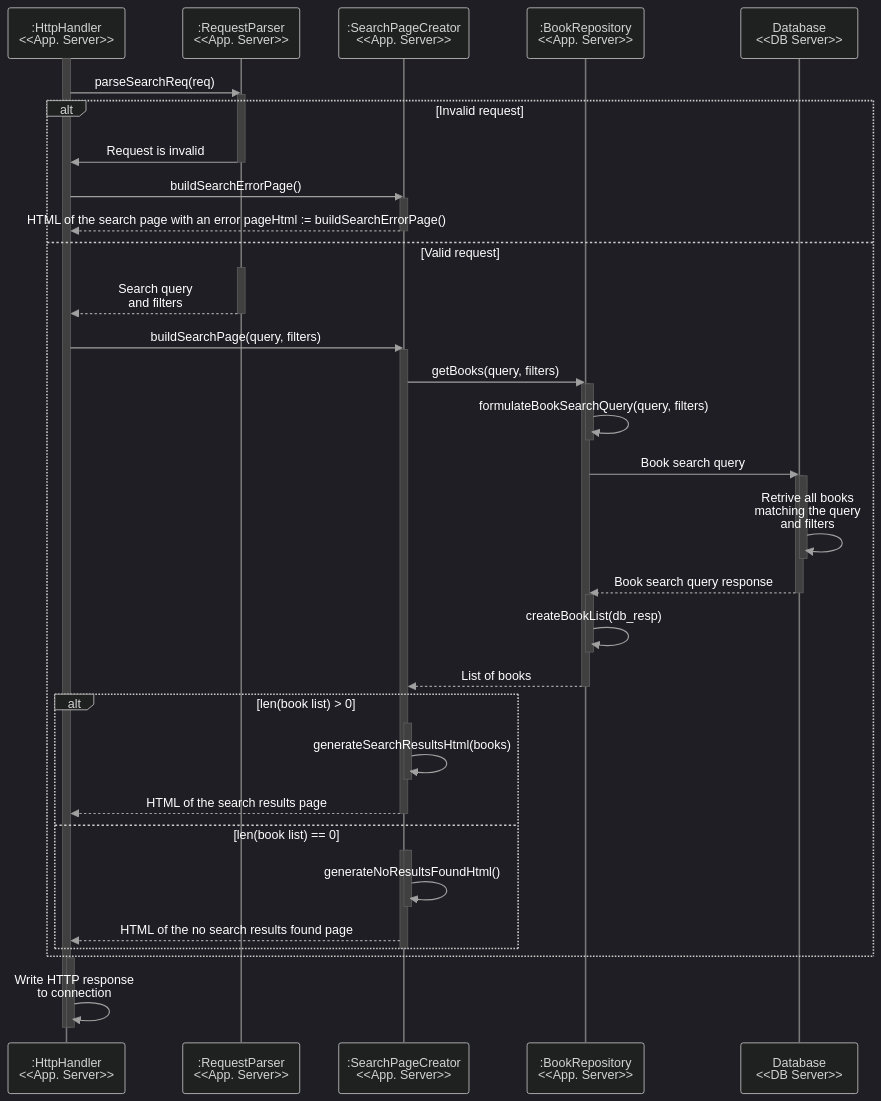
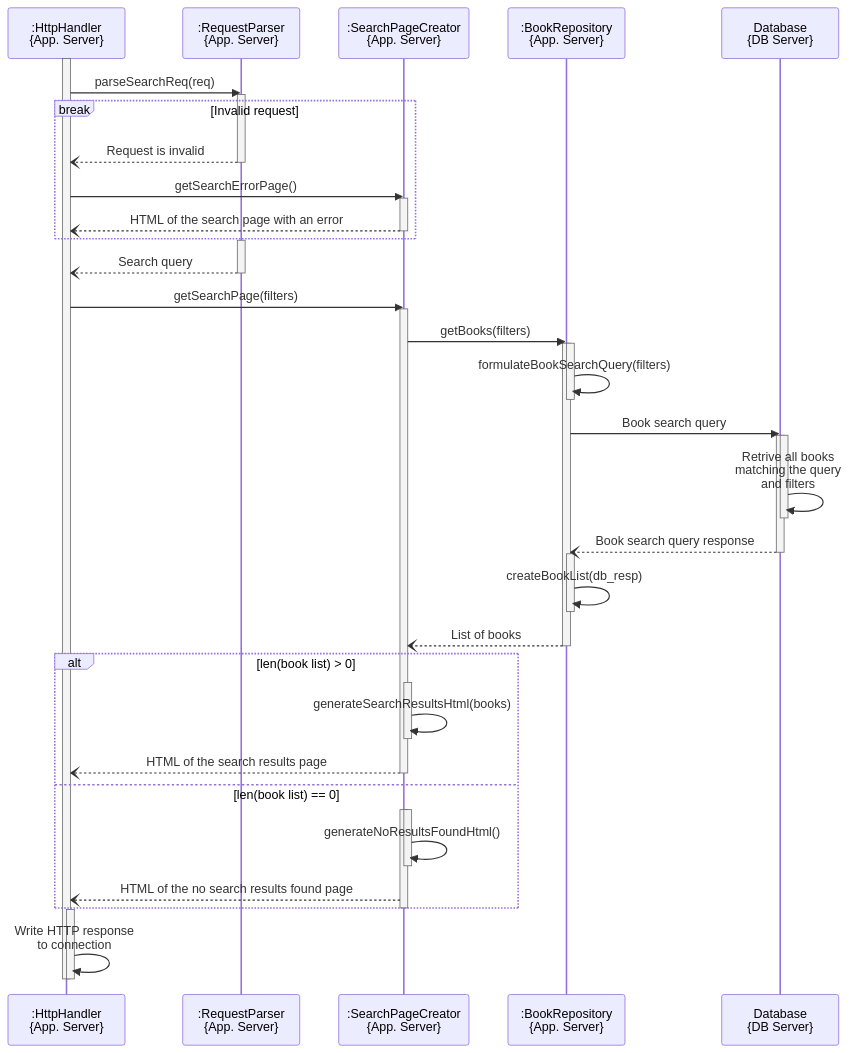
Before and after one commit to ahmadxzaki/SOFT437: the third of 3 diagrams in A1/Search-SequenceDiagram.md, drawn with Mermaid. The commit also changed other lines of this file and 6 other files, not shown here.

````diff
--- a/A1/Search-SequenceDiagram.md
+++ b/A1/Search-SequenceDiagram.md
@@ -118,81 +120,82 @@
 ```mermaid
-%%{init: {
-  "theme": "dark",
-  "themeVariables": {
+%% %%{init: {
+%%   "theme": "dark",
+%%   "themeVariables": {
 
-    "textColor": "#ffffff",
-    "actorLineColor": "#787878",
-    "signalColor": "#a0a0a0",
-    "signalTextColor": "#ffffff",
-    "loopTextColor": "#ffffff",
+%%     "textColor": "#ffffff",
+%%     "actorLineColor": "#787878",
+%%     "signalColor": "#a0a0a0",
+%%     "signalTextColor": "#ffffff",
+%%     "loopTextColor": "#ffffff",
     
-    "activationBkgColor": "#404040",
-    "activationBorderColor": "#5d5d5d"
-  }
-}}%%
+%%     "activationBkgColor": "#404040",
+%%     "activationBorderColor": "#5d5d5d"
+%%   }
+%% }}%%
 sequenceDiagram
-    participant H as :HttpHandler<br> <<App. Server>>
-    participant P as :RequestParser<br> <<App. Server>>
-    participant S as :SearchPageCreator<br> <<App. Server>>
-    participant Repo as :BookRepository<br> <<App. Server>>
-    participant DB as Database<br><<DB Server>>
+    participant H as :HttpHandler<br> {App. Server}
+    participant P as :RequestParser<br> {App. Server}
+    participant S as :SearchPageCreator<br> {App. Server}
+    participant Repo as :BookRepository<br> {App. Server}
+    participant DB as Database<br>{DB Server}
 
     activate H
     H->>P: parseSearchReq(req)
     activate P
 
-    alt Invalid request
-        P->>H: Request is invalid
+    break Invalid request
+        P--)H: Request is invalid
         deactivate P
-        H->>S: buildSearchErrorPage()
+        H->>S: getSearchErrorPage()
         activate S
-        S-->>H: HTML of the search page with an error pageHtml := buildSearchErrorPage()
-        deactivate S
-
-    else Valid request
-        activate P
-        P-->>H: Search query <br>and filters
-        deactivate P
-        H->>S: buildSearchPage(query, filters)
-        activate S
-
-        S->>Repo: getBooks(query, filters)
-        activate Repo
-
-        activate Repo
-        Repo->>Repo: formulateBookSearchQuery(query, filters)
-        deactivate Repo
-
-        Repo->>DB: Book search query
-        activate DB
-            activate DB
-            DB->>DB: Retrive all books<br> matching the query<br> and filters
-            deactivate DB
-        DB-->>Repo: Book search query response
-        deactivate DB
-
-        activate Repo
-        Repo->>Repo: createBookList(db_resp)
-        deactivate Repo
-
-        Repo-->>S: List of books
-        deactivate Repo
-
-        alt len(book list) > 0
-                activate S
-                S->>S: generateSearchResultsHtml(books)
-                deactivate S
-            S-->>H: HTML of the search results page
-            deactivate S
-        else len(book list) == 0
-            activate S
-                activate S
-                S->>S: generateNoResultsFoundHtml()
-                deactivate S
-            S-->>H: HTML of the no search results found page
-        end
+        S--)H: HTML of the search page with an error
         deactivate S
     end
+
+    %% else Valid request
+    activate P
+    P--)H: Search query
+    deactivate P
+    H->>S: getSearchPage(filters)
+    activate S
+
+    S->>Repo: getBooks(filters)
+    activate Repo
+
+    activate Repo
+    Repo->>Repo: formulateBookSearchQuery(filters)
+    deactivate Repo
+
+    Repo->>DB: Book search query
+    activate DB
+        activate DB
+        DB->>DB: Retrive all books<br> matching the query<br> and filters
+        deactivate DB
+    DB--)Repo: Book search query response
+    deactivate DB
+
+    activate Repo
+    Repo->>Repo: createBookList(db_resp)
+    deactivate Repo
+
+    Repo--)S: List of books
+    deactivate Repo
+
+    alt len(book list) > 0
+            activate S
+            S->>S: generateSearchResultsHtml(books)
+            deactivate S
+        S--)H: HTML of the search results page
+        deactivate S
+    else len(book list) == 0
+        activate S
+            activate S
+            S->>S: generateNoResultsFoundHtml()
+            deactivate S
+        S--)H: HTML of the no search results found page
+    end
+    deactivate S
+    
     
     activate H
     H->>H: Write HTTP response<br>to connection
````
